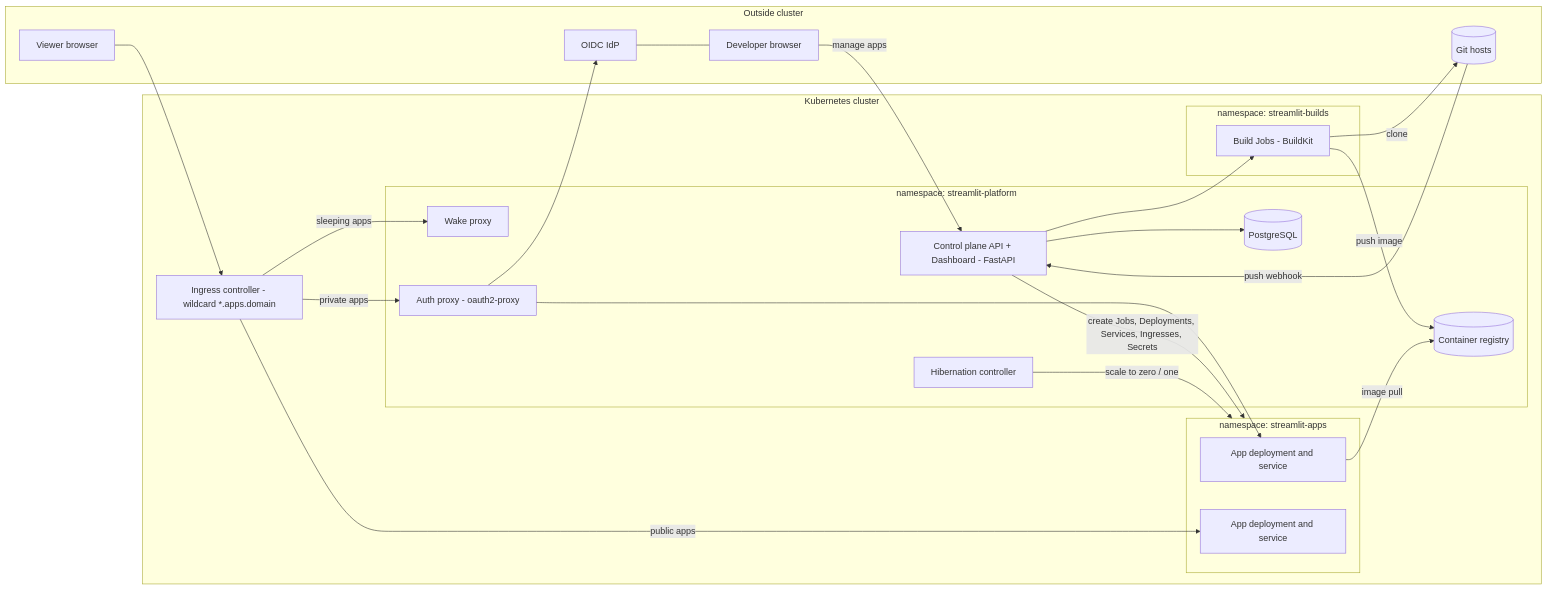
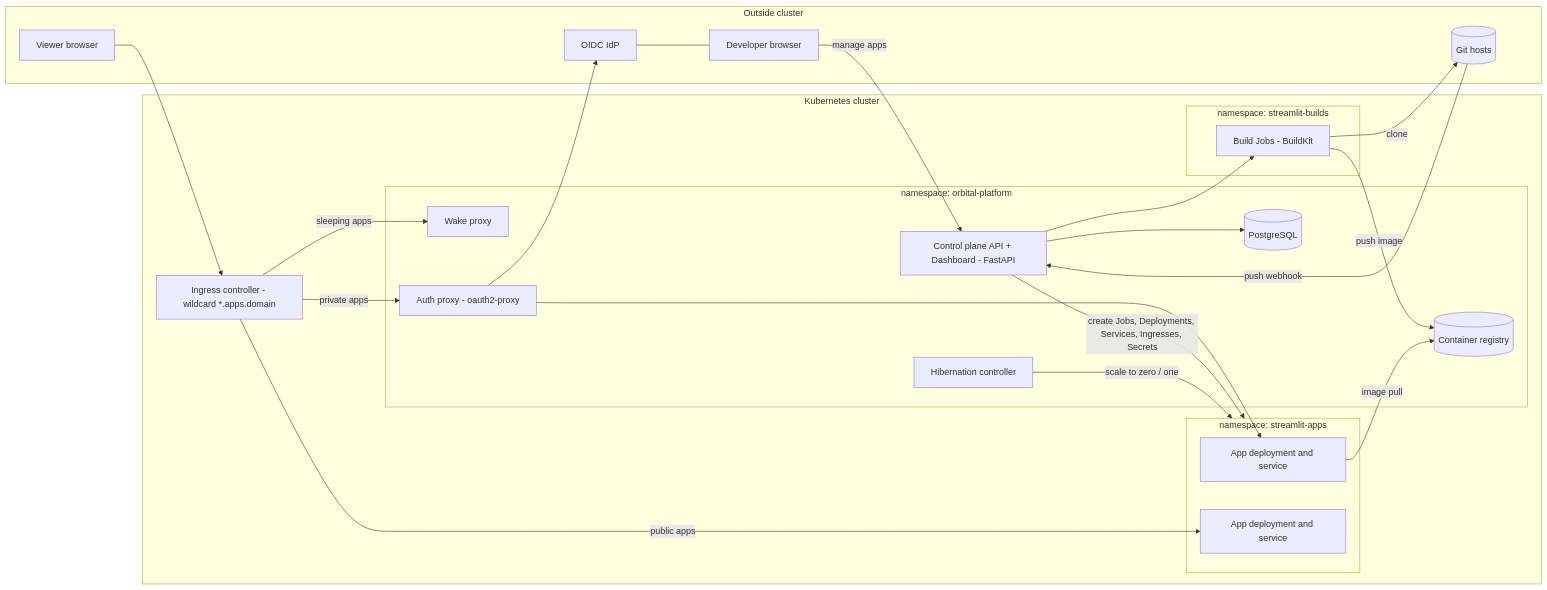
The first of 2 diagrams in SPEC.md (gggard/orbital), drawn with Mermaid before and after one commit. The commit also changed other lines of this file and 69 other files, not shown here.

First line of the commit message:
Rename project to Orbital; drop Streamlit Community Cloud references (#18)

````diff
--- a/SPEC.md
+++ b/SPEC.md
@@ -148,45 +146,45 @@
 ```mermaid
 flowchart LR
     subgraph external [Outside cluster]
         Dev[Developer browser]
         Viewer[Viewer browser]
         Git[(Git hosts)]
         IdP[OIDC IdP]
     end
 
     subgraph cluster [Kubernetes cluster]
-        subgraph platformns [namespace: streamlit-platform]
+        subgraph platformns [namespace: orbital-platform]
             CP[Control plane API + Dashboard - FastAPI]
             DB[(PostgreSQL)]
             Reg[(Container registry)]
             WakeP[Wake proxy]
             HibCtl[Hibernation controller]
             AuthP[Auth proxy - oauth2-proxy]
         end
         subgraph buildns [namespace: streamlit-builds]
             BuildJob[Build Jobs - BuildKit]
         end
         subgraph appsns [namespace: streamlit-apps]
             App1[App deployment and service]
             App2[App deployment and service]
         end
         Ingress[Ingress controller - wildcard *.apps.domain]
     end
 
     Dev -->|manage apps| CP
     CP --> DB
     CP -->|create Jobs, Deployments, Services, Ingresses, Secrets| appsns
     CP --> BuildJob
     BuildJob -->|clone| Git
     BuildJob -->|push image| Reg
     App1 -->|image pull| Reg
     Git -->|push webhook| CP
     Viewer --> Ingress
     Ingress -->|private apps| AuthP
     AuthP --> IdP
     AuthP --> App1
     Ingress -->|public apps| App2
     Ingress -->|sleeping apps| WakeP
     HibCtl -->|scale to zero / one| appsns
     IdP --- Dev
 ```
````
